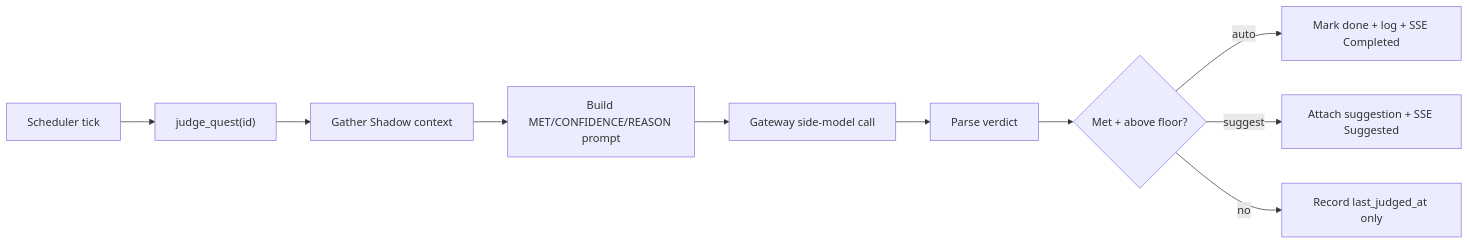
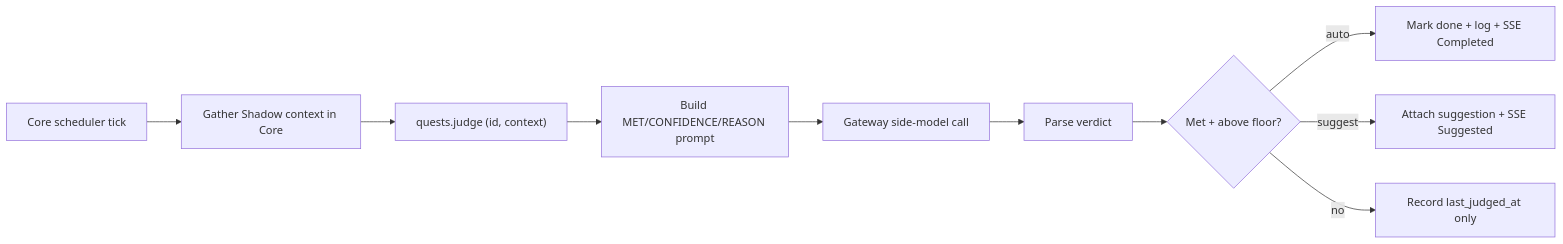
The diagram in content/docs/core/quests.mdx (amajorai/ryu-docs), drawn with Mermaid before and after one commit. The commit also changed other lines of this file and 2538 other files, not shown here.

````diff
--- a/content/docs/core/quests.mdx
+++ b/content/docs/core/quests.mdx
@@ -28,12 +32,12 @@
 ```mermaid
 flowchart LR
-  Tick[Scheduler tick] --> Judge["judge_quest(id)"]
-  Judge --> Gather[Gather Shadow context]
-  Gather --> Prompt[Build MET/CONFIDENCE/REASON prompt]
+  Tick[Core scheduler tick] --> Gather[Gather Shadow context in Core]
+  Gather --> Judge["quests.judge (id, context)"]
+  Judge --> Prompt[Build MET/CONFIDENCE/REASON prompt]
   Prompt --> Model[Gateway side-model call]
   Model --> Verdict[Parse verdict]
   Verdict --> Act{Met + above floor?}
   Act -- auto --> Complete[Mark done + log + SSE Completed]
   Act -- suggest --> Suggest[Attach suggestion + SSE Suggested]
   Act -- no --> Record[Record last_judged_at only]
 ```
````
